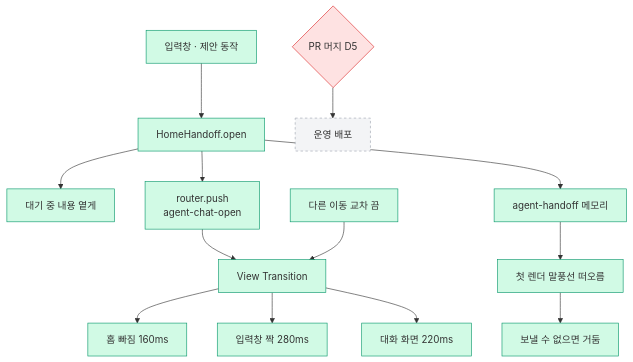
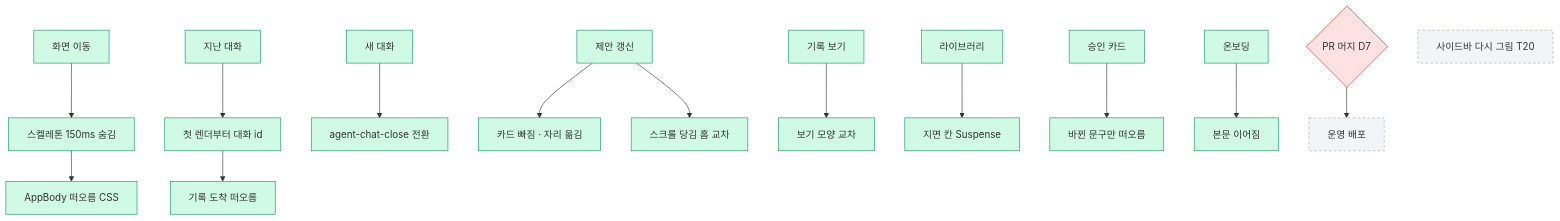
The diagram in .sitrep/sessions/20261115-1330-agent-home/arch.mmd (Expresso-Organization/expresso), drawn with Mermaid before and after one commit. The commit also changed 8 other files, not shown here.

```diff
--- a/.sitrep/sessions/20261115-1330-agent-home/arch.mmd
+++ b/.sitrep/sessions/20261115-1330-agent-home/arch.mmd
@@ -1,20 +1,21 @@
 flowchart TD
-  SEND[입력창 · 제안 동작] --> OPEN[HomeHandoff.open]
-  OPEN --> PEND[대기 중 내용 옅게]
-  OPEN --> NAV[router.push<br/>agent-chat-open]
-  NAV --> VT[View Transition]
-  VT --> LEAVE[홈 빠짐 160ms]
-  VT --> MORPH[입력창 짝 280ms]
-  VT --> ARRIVE[대화 화면 220ms]
-  OPEN --> MEM[agent-handoff 메모리]
-  MEM --> BUBBLE[첫 렌더 말풍선 떠오름]
-  BUBBLE --> HOLD[보낼 수 없으면 거둠]
-  ROOT[다른 이동 교차 끔] --> VT
-  PR{PR 머지 D5} --> DEPLOY[운영 배포]
+  NAV[화면 이동] --> SK[스켈레톤 150ms 숨김]
+  SK --> RV[AppBody 떠오름 CSS]
+  CHAT[지난 대화] --> ID[첫 렌더부터 대화 id]
+  ID --> FADE[기록 도착 떠오름]
+  NEW[새 대화] --> CLOSE[agent-chat-close 전환]
+  FEED[제안 갱신] --> CARD[카드 빠짐 · 자리 옮김]
+  FEED --> SHIFT[스크롤 당김 홈 교차]
+  VIEW[기록 보기] --> XF[보기 모양 교차]
+  LIB[라이브러리] --> PANE[지면 칸 Suspense]
+  APPR[승인 카드] --> SWAP[바뀐 문구만 떠오름]
+  ONB[온보딩] --> PANEL[본문 이어짐]
+  PR{PR 머지 D7} --> DEPLOY[운영 배포]
+  SIDE[사이드바 다시 그림 T20]
   classDef done fill:#d1fae5,stroke:#059669
   classDef doing fill:#fef3c7,stroke:#d97706
   classDef decide fill:#fee2e2,stroke:#dc2626
   classDef todo fill:#f3f4f6,stroke:#9ca3af,stroke-dasharray:4
-  class SEND,OPEN,PEND,NAV,VT,LEAVE,MORPH,ARRIVE,MEM,BUBBLE,HOLD,ROOT done
+  class NAV,SK,RV,CHAT,ID,FADE,NEW,CLOSE,FEED,CARD,SHIFT,VIEW,XF,LIB,PANE,APPR,SWAP,ONB,PANEL done
   class PR decide
-  class DEPLOY todo
+  class DEPLOY,SIDE todo
```
